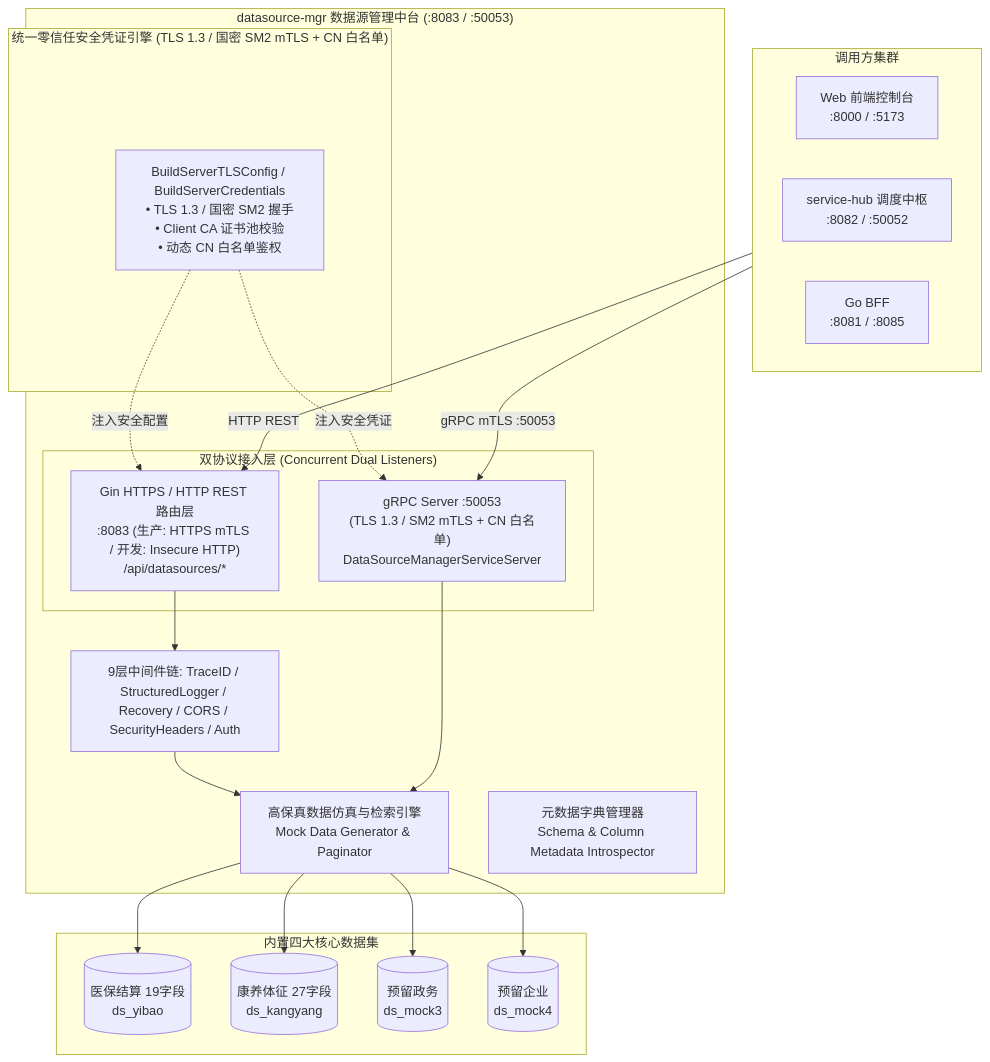
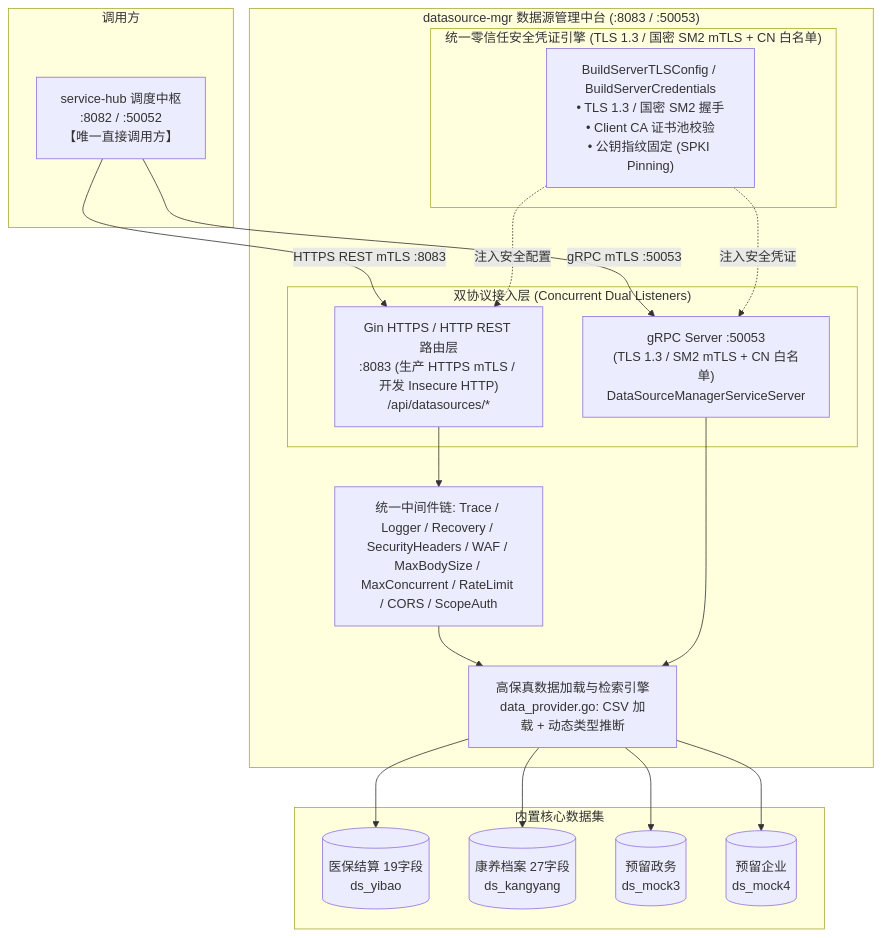
Before and after one commit to fengzhizi319/PrivShield-go: the diagram in services/datasource-mgr/docs/learning-guide.md, drawn with Mermaid. The commit also changed other lines of this file and 68 other files, not shown here.

````diff
--- a/services/datasource-mgr/docs/learning-guide.md
+++ b/services/datasource-mgr/docs/learning-guide.md
@@ -70,46 +67,43 @@
 ```mermaid
 flowchart TB
-    subgraph UpstreamConsumers [调用方集群]
-        WebConsole[Web 前端控制台<br/>:8000 / :5173]
-        ServiceHub[service-hub 调度中枢<br/>:8082 / :50052]
-        ConsoleBFF[Go BFF<br/>:8081 / :8085]
+    subgraph UpstreamConsumers [调用方]
+        ServiceHub[service-hub 调度中枢<br/>:8082 / :50052<br/>【唯一直接调用方】]
     end
 
     subgraph DSMgrService ["datasource-mgr 数据源管理中台 (:8083 / :50053)"]
         subgraph SecurityEngine ["统一零信任安全凭证引擎 (TLS 1.3 / 国密 SM2 mTLS + CN 白名单)"]
-            TLSBuilder["BuildServerTLSConfig / BuildServerCredentials<br/>• TLS 1.3 / 国密 SM2 握手<br/>• Client CA 证书池校验<br/>• 动态 CN 白名单鉴权"]
+            TLSBuilder["BuildServerTLSConfig / BuildServerCredentials<br/>• TLS 1.3 / 国密 SM2 握手<br/>• Client CA 证书池校验<br/>• 公钥指纹固定 (SPKI Pinning)"]
         end
 
         subgraph ProtocolLayers ["双协议接入层 (Concurrent Dual Listeners)"]
-            GinHTTPS["Gin HTTPS / HTTP REST 路由层<br/>:8083 (生产: HTTPS mTLS / 开发: Insecure HTTP)<br/>/api/datasources/*"]
+            GinHTTPS["Gin HTTPS / HTTP REST 路由层<br/>:8083 (生产 HTTPS mTLS / 开发 Insecure HTTP)<br/>/api/datasources/*"]
             GRPCSrv["gRPC Server :50053<br/>(TLS 1.3 / SM2 mTLS + CN 白名单)<br/>DataSourceManagerServiceServer"]
         end
 
-        MWStack[9层中间件链: TraceID / StructuredLogger / Recovery / CORS / SecurityHeaders / Auth]
-        
-        DataEngine[高保真数据仿真与检索引擎<br/>Mock Data Generator & Paginator]
-        MetadataStore[元数据字典管理器<br/>Schema & Column Metadata Introspector]
+        MWStack[统一中间件链: Trace / Logger / Recovery / SecurityHeaders / WAF / MaxBodySize / MaxConcurrent / RateLimit / CORS / ScopeAuth]
+
+        DataEngine[高保真数据加载与检索引擎<br/>data_provider.go: CSV 加载 + 动态类型推断]
     end
 
-    subgraph Datasets [内置四大核心数据集]
+    subgraph Datasets [内置核心数据集]
         DS1[(医保结算 19字段<br/>ds_yibao)]
-        DS2[(康养体征 27字段<br/>ds_kangyang)]
+        DS2[(康养档案 27字段<br/>ds_kangyang)]
         DS3[(预留政务<br/>ds_mock3)]
         DS4[(预留企业<br/>ds_mock4)]
     end
 
-    UpstreamConsumers -->|HTTP REST| GinHTTPS
-    UpstreamConsumers -->|gRPC mTLS :50053| GRPCSrv
+    ServiceHub -->|HTTPS REST mTLS :8083| GinHTTPS
+    ServiceHub -->|gRPC mTLS :50053| GRPCSrv
 
     TLSBuilder -.->|注入安全配置| GinHTTPS
     TLSBuilder -.->|注入安全凭证| GRPCSrv
 
     GinHTTPS --> MWStack
     MWStack --> DataEngine
     GRPCSrv --> DataEngine
 
     DataEngine --> DS1
     DataEngine --> DS2
     DataEngine --> DS3
     DataEngine --> DS4
 ```
````
